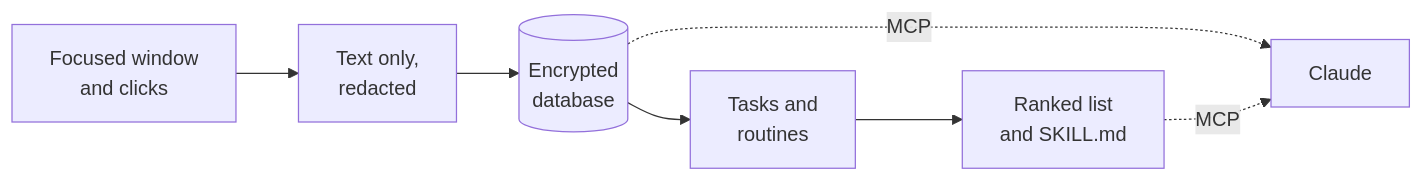
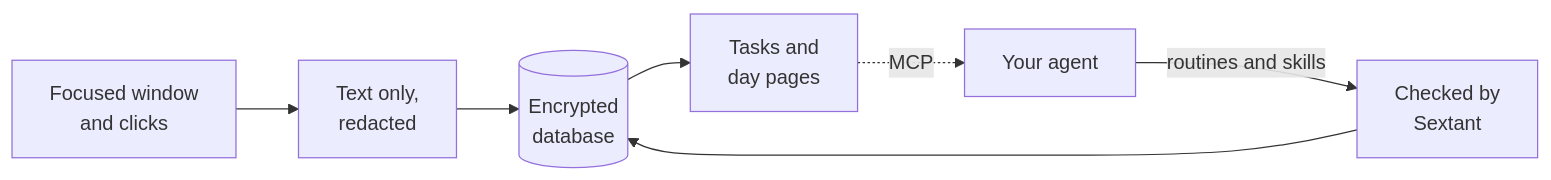
One commit to Joelheile/sextant changed the diagram in README.md. Above: the diagram before and after it, drawn with Mermaid. The commit also changed other lines of this file and 102 other files, not shown here.

````diff
--- a/README.md
+++ b/README.md
@@ -84,9 +118,9 @@
 ```mermaid
 flowchart LR
   A[Focused window<br>and clicks] --> B[Text only,<br>redacted]
   B --> C[(Encrypted<br>database)]
-  C --> D[Tasks and<br>routines]
-  D --> E[Ranked list<br>and SKILL.md]
-  C -. MCP .-> F[Claude]
-  E -. MCP .-> F
+  C --> D[Tasks and<br>day pages]
+  D -. MCP .-> F[Your agent]
+  F -- routines and skills --> G[Checked by<br>Sextant]
+  G --> C
 ```
````
